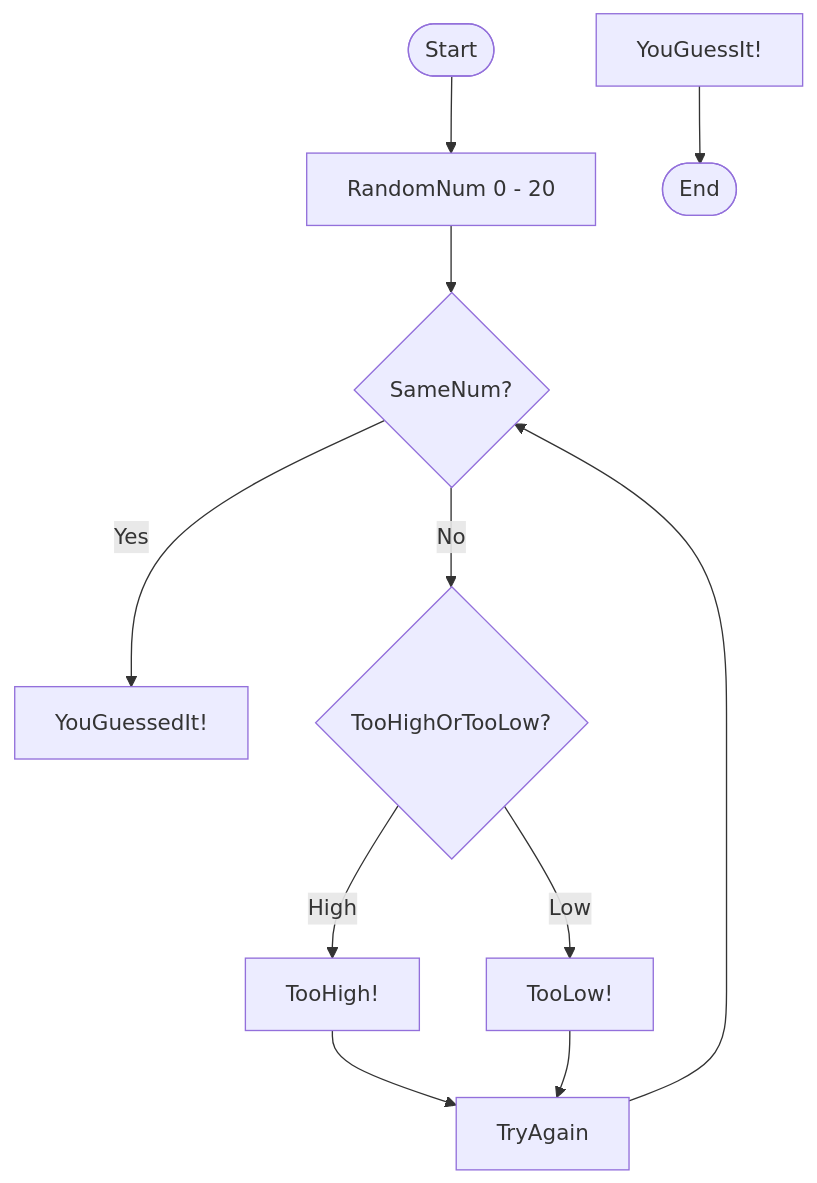
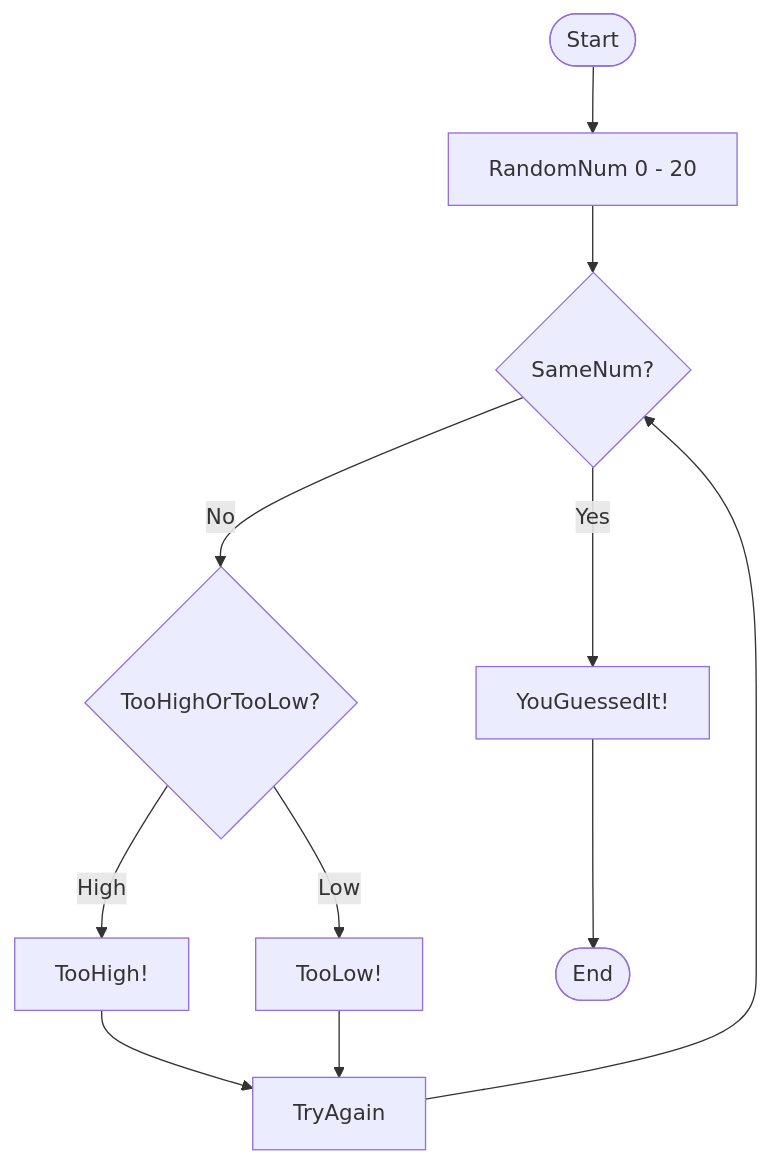
The diagram in README.md (Fate127/Fate127.github.io), drawn with Mermaid before and after one commit.

````diff
--- a/README.md
+++ b/README.md
@@ -22,13 +22,13 @@
 ```mermaid
 flowchart TD
 Start([Start]) --> RandomNum[RandomNum 0 - 20]
 RandomNum --> SameNum?{SameNum?}
 SameNum? -- Yes --> YouGuessedIt![YouGuessedIt!]
 SameNum? -- No --> TooHighOrTooLow?{TooHighOrTooLow?}
 TooHighOrTooLow? -- High --> TooHigh![TooHigh!]
 TooHighOrTooLow? -- Low --> TooLow![TooLow!]
 TooHigh! --> TryAgain[TryAgain]
 TooLow! --> TryAgain[TryAgain]
 TryAgain --> SameNum?
-YouGuessIt! --> End([End])
+YouGuessedIt! --> End([End])
 ```
````
